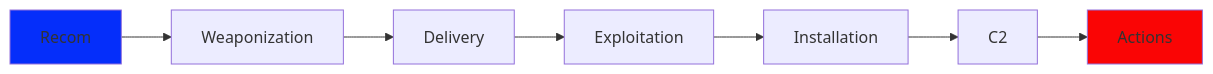
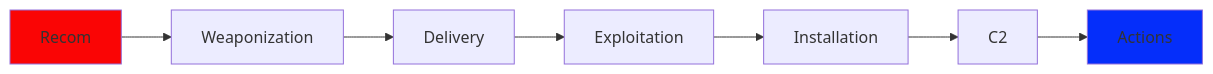
The first of 2 diagrams in README.md (K921-cyber/cybersecurity-basics), drawn with Mermaid before and after one commit.

````diff
--- a/README.md
+++ b/README.md
@@ -57,12 +57,12 @@
 ```mermaid
 graph LR
     A[Recom] --> B[Weaponization]
     B --> C[Delivery]
     C --> D[Exploitation]
     D --> E[Installation]
     E --> F[C2]
     F --> G[Actions]
 
-    style A fill:#052efa
-    style G fill:#fa0505
+    style A fill:#fa0505 
+    style G fill:#052efa
 ```
````
